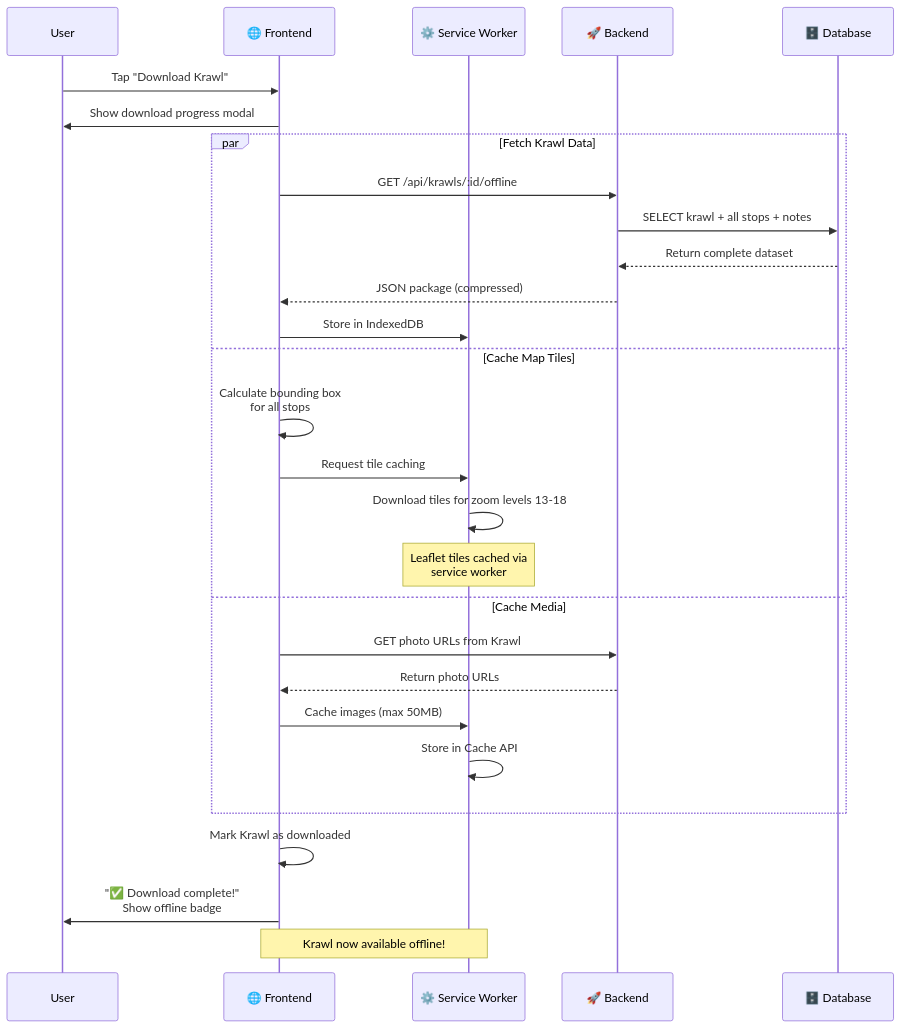
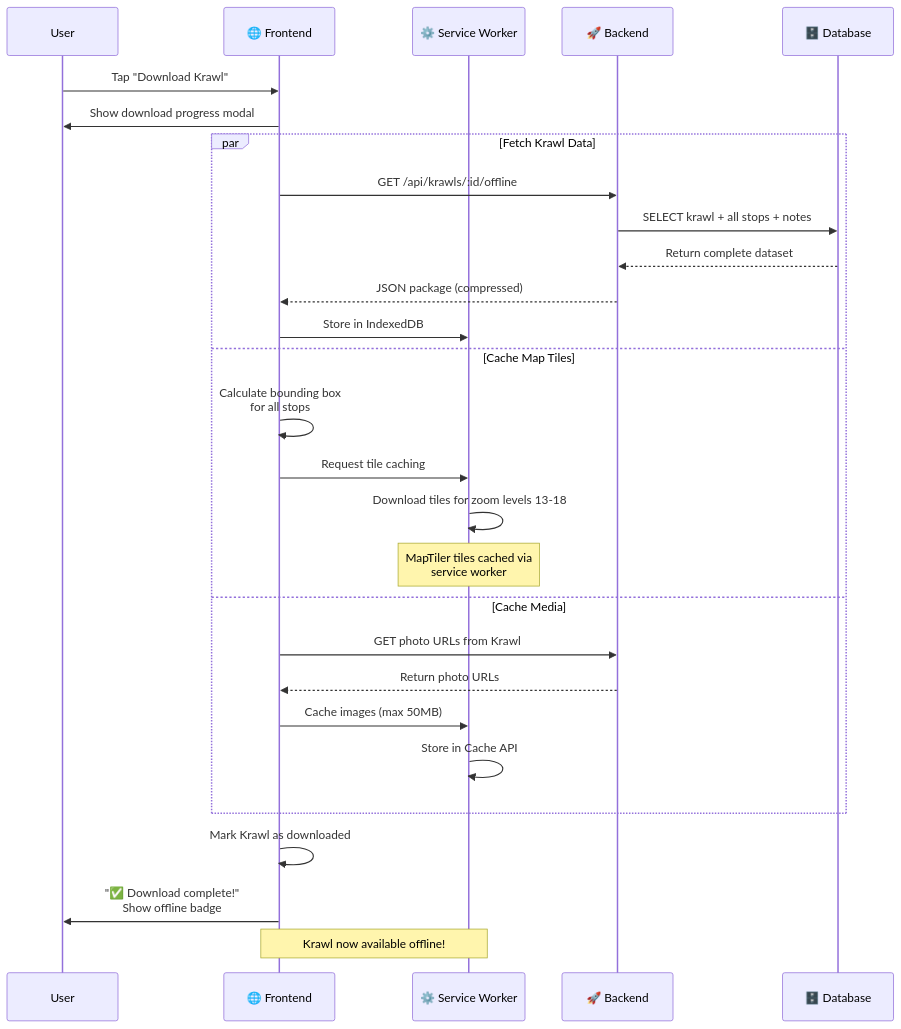
One commit to jlescarlan11/krawl changed the ninth of 11 diagrams in docs/system-design.md. Above: the diagram before and after it, drawn with Mermaid. The commit also changed other lines of this file, not shown here.

Commit message:
docs(system-design): replace Leaflet with MapLibre, OSM with MapTiler; bump to 1.1.1

````diff
--- a/docs/system-design.md
+++ b/docs/system-design.md
@@ -486,34 +486,34 @@
 ```mermaid
 sequenceDiagram
     participant User
     participant FE as 🌐 Frontend
     participant SW as ⚙️ Service Worker
     participant BE as 🚀 Backend
     participant DB as 🗄️ Database
     
     User->>FE: Tap "Download Krawl"
     FE->>User: Show download progress modal
     
     par Fetch Krawl Data
         FE->>BE: GET /api/krawls/:id/offline
         BE->>DB: SELECT krawl + all stops + notes
         DB-->>BE: Return complete dataset
         BE-->>FE: JSON package (compressed)
         FE->>SW: Store in IndexedDB
     and Cache Map Tiles
         FE->>FE: Calculate bounding box<br/>for all stops
         FE->>SW: Request tile caching
         SW->>SW: Download tiles for zoom levels 13-18
-        Note over SW: Leaflet tiles cached via<br/>service worker
+        Note over SW: MapTiler tiles cached via<br/>service worker
     and Cache Media
         FE->>BE: GET photo URLs from Krawl
         BE-->>FE: Return photo URLs
         FE->>SW: Cache images (max 50MB)
         SW->>SW: Store in Cache API
     end
     
     FE->>FE: Mark Krawl as downloaded
     FE->>User: "✅ Download complete!"<br/>Show offline badge
     
     Note over FE,SW: Krawl now available offline!
 ```
````
